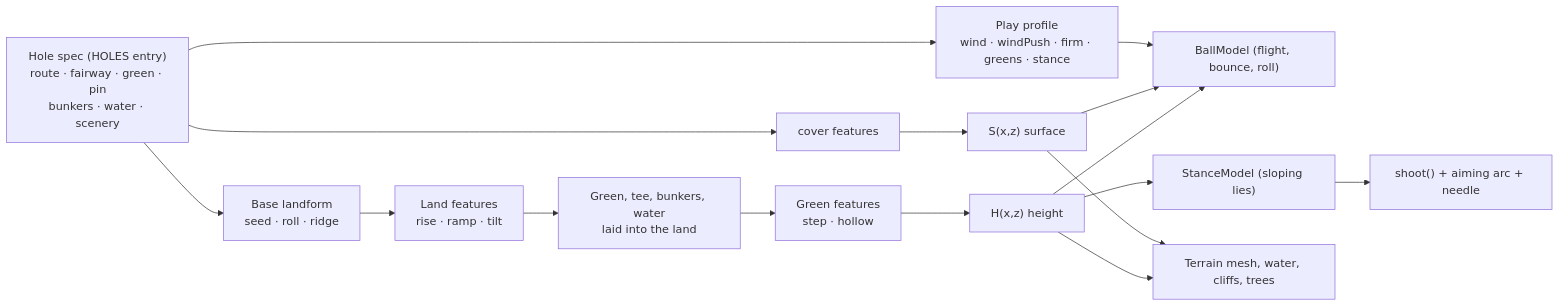
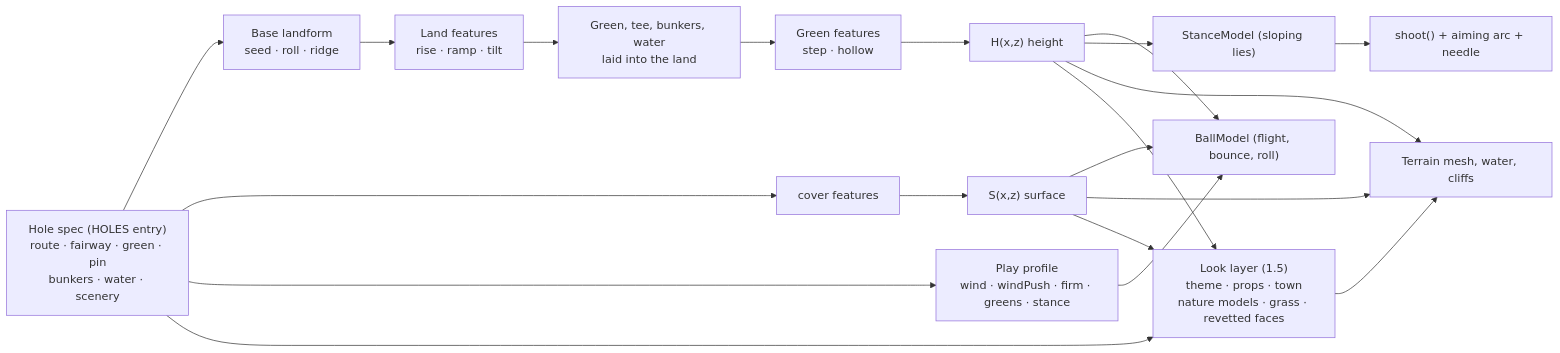
The diagram in docs/ICONIC-HOLES.md (kcq101/The-Fred), drawn with Mermaid before and after one commit. The commit also changed other lines of this file and 5 other files, not shown here.

First line of the commit message:
Docs: the look layer and the Dress step in the pipeline; handoff

````diff
--- a/docs/ICONIC-HOLES.md
+++ b/docs/ICONIC-HOLES.md
@@ -9,17 +9,21 @@
 ```mermaid
 flowchart LR
   spec["Hole spec (HOLES entry)<br/>route · fairway · green · pin<br/>bunkers · water · scenery"] --> base["Base landform<br/>seed · roll · ridge"]
   base --> land["Land features<br/>rise · ramp · tilt"]
   land --> laid["Green, tee, bunkers, water<br/>laid into the land"]
   laid --> contour["Green features<br/>step · hollow"]
   contour --> H["H(x,z) height"]
   spec --> cover["cover features"] --> S["S(x,z) surface"]
   spec --> play["Play profile<br/>wind · windPush · firm · greens · stance"]
   H --> phys["BallModel (flight, bounce, roll)"]
   S --> phys
   play --> phys
   H --> stance["StanceModel (sloping lies)"]
   stance --> shot["shoot() + aiming arc + needle"]
-  H --> render["Terrain mesh, water, cliffs, trees"]
+  H --> render["Terrain mesh, water, cliffs"]
   S --> render
+  spec --> look["Look layer (1.5)<br/>theme · props · town<br/>nature models · grass · revetted faces"]
+  H --> look
+  S --> look
+  look --> render
 ```
````
